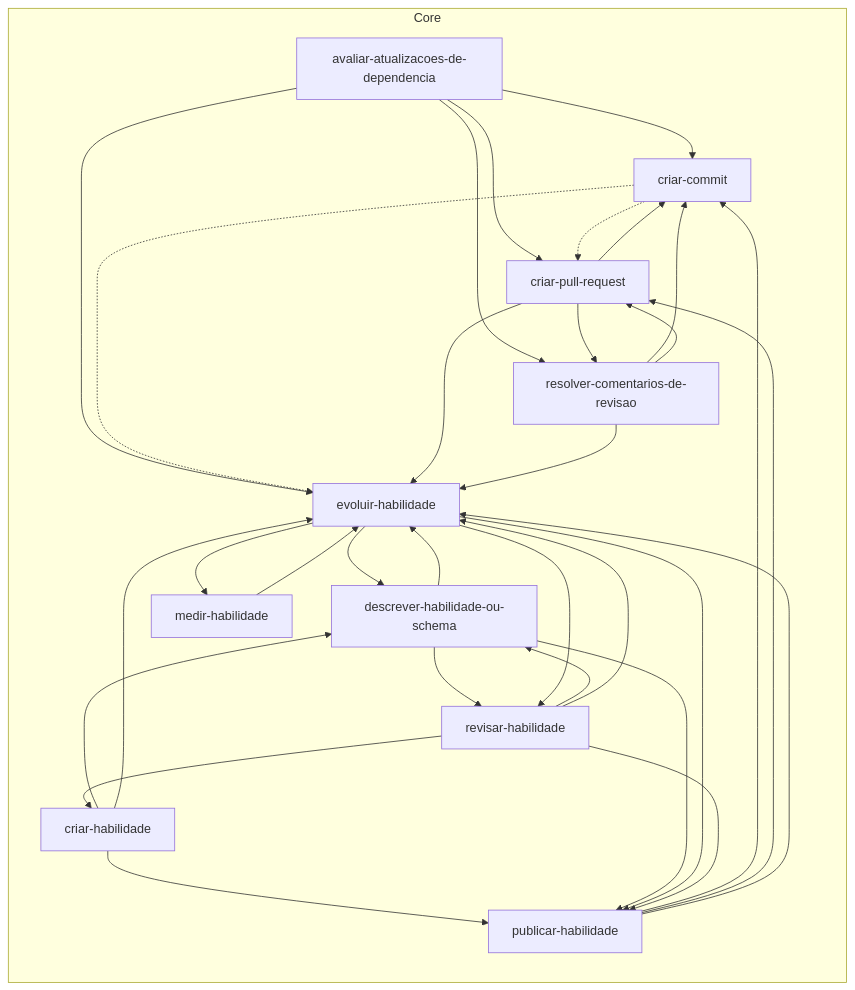
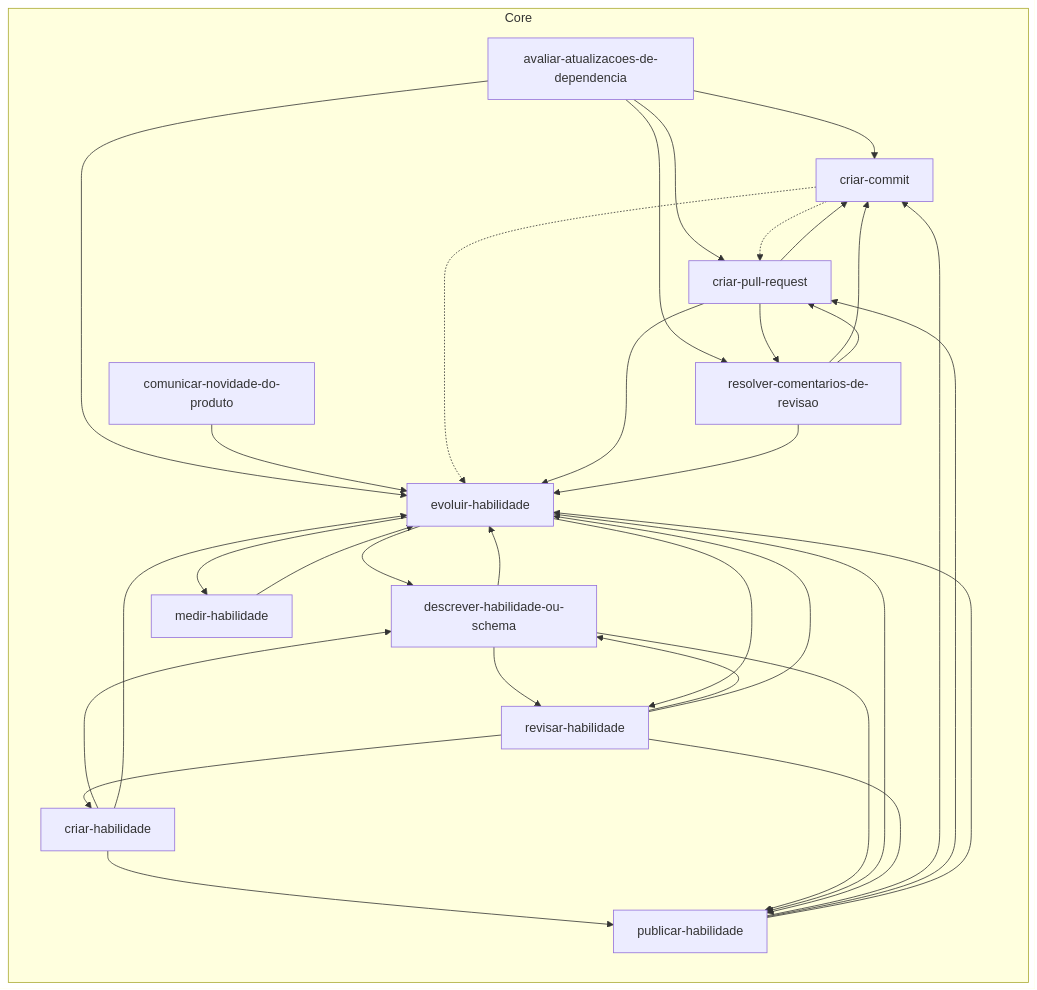
The diagram in .agents/skills/README.md (jimmyandrade/harness), drawn with Mermaid before and after one commit. The commit also changed 3 other files, not shown here.

First line of the commit message:
feat(comunicar-novidade-do-produto): communicate product news to non-technical readers (#80)

````diff
--- a/.agents/skills/README.md
+++ b/.agents/skills/README.md
@@ -11,45 +11,47 @@
 ```mermaid
 flowchart LR
   subgraph core["Core"]
     avaliar_atualizacoes_de_dependencia["avaliar-atualizacoes-de-dependencia"]
+    comunicar_novidade_do_produto["comunicar-novidade-do-produto"]
     criar_commit["criar-commit"]
     criar_habilidade["criar-habilidade"]
     criar_pull_request["criar-pull-request"]
     descrever_habilidade_ou_schema["descrever-habilidade-ou-schema"]
     evoluir_habilidade["evoluir-habilidade"]
     medir_habilidade["medir-habilidade"]
     publicar_habilidade["publicar-habilidade"]
     resolver_comentarios_de_revisao["resolver-comentarios-de-revisao"]
     revisar_habilidade["revisar-habilidade"]
   end
   avaliar_atualizacoes_de_dependencia --> criar_commit
   avaliar_atualizacoes_de_dependencia --> criar_pull_request
   avaliar_atualizacoes_de_dependencia --> evoluir_habilidade
   avaliar_atualizacoes_de_dependencia --> resolver_comentarios_de_revisao
+  comunicar_novidade_do_produto --> evoluir_habilidade
   criar_commit -.-> criar_pull_request
   criar_commit -.-> evoluir_habilidade
   criar_habilidade --> descrever_habilidade_ou_schema
   criar_habilidade --> evoluir_habilidade
   criar_habilidade --> publicar_habilidade
   criar_pull_request --> criar_commit
   criar_pull_request --> evoluir_habilidade
   criar_pull_request --> resolver_comentarios_de_revisao
   descrever_habilidade_ou_schema --> evoluir_habilidade
   descrever_habilidade_ou_schema --> publicar_habilidade
   descrever_habilidade_ou_schema --> revisar_habilidade
   evoluir_habilidade --> descrever_habilidade_ou_schema
   evoluir_habilidade --> medir_habilidade
   evoluir_habilidade --> publicar_habilidade
   evoluir_habilidade --> revisar_habilidade
   medir_habilidade --> evoluir_habilidade
   publicar_habilidade --> criar_commit
   publicar_habilidade --> criar_pull_request
   publicar_habilidade --> evoluir_habilidade
   resolver_comentarios_de_revisao --> criar_commit
   resolver_comentarios_de_revisao --> criar_pull_request
   resolver_comentarios_de_revisao --> evoluir_habilidade
   revisar_habilidade --> criar_habilidade
   revisar_habilidade --> descrever_habilidade_ou_schema
   revisar_habilidade --> evoluir_habilidade
   revisar_habilidade --> publicar_habilidade
 ```
````
